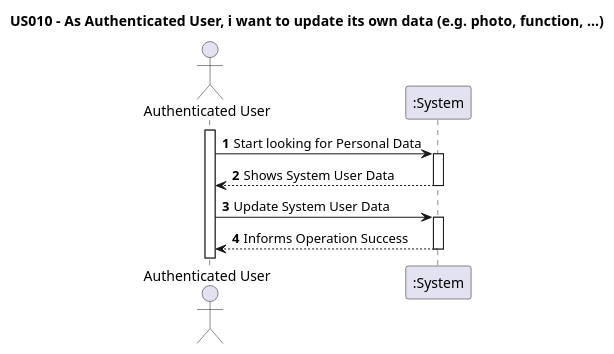
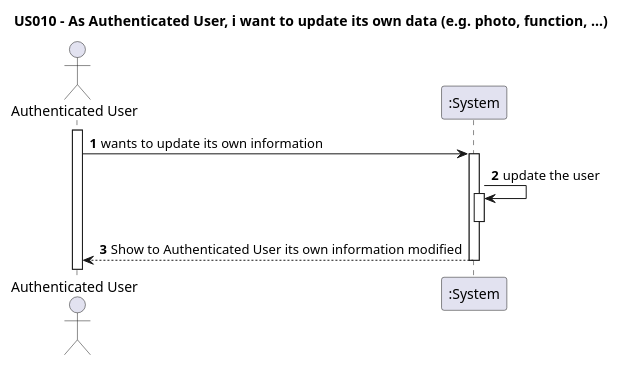
The diagram in docs/Sprint1/US010/US010-SSD.puml (nunogon1211787/projectManagement), drawn with PlantUML before and after one commit. The commit also changed 35 other files, not shown here.

```diff
--- a/docs/Sprint1/US010/US010-SSD.puml
+++ b/docs/Sprint1/US010/US010-SSD.puml
@@ -1,20 +1,19 @@
 @startuml
 'https://plantuml.com/sequence-diagram
 
 title US010 - As Authenticated User, i want to update its own data (e.g. photo, function, ...)
 
 autoactivate on
 autonumber
 
-actor "Authenticated User" as user
+actor "Authenticated User" as User
 participant ":System" as System
 
-activate user
+activate User
 
-user -> System: Start looking for Personal Data
-System --> user: Shows System User Data
-
-user -> System: Update System User Data
-System --> user: Informs Operation Success
+User -> System: wants to update its own information
+System->System: update the user
+deactivate System
+System-->User: Show to Authenticated User its own information modified
 
 @enduml
```
